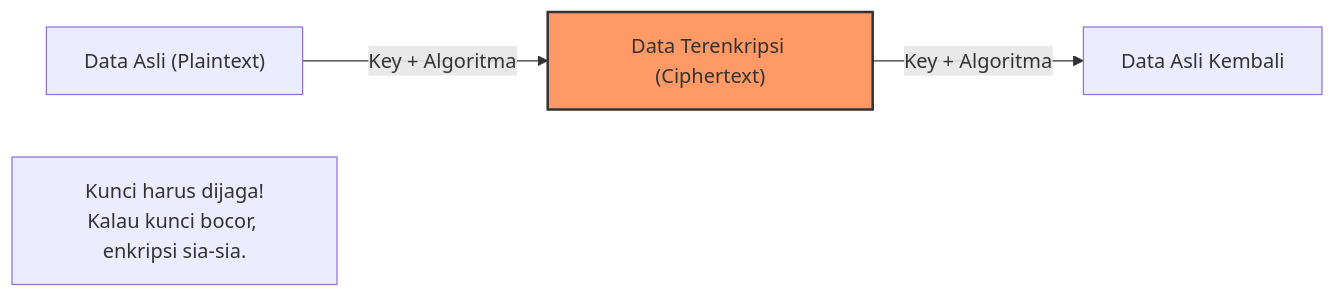
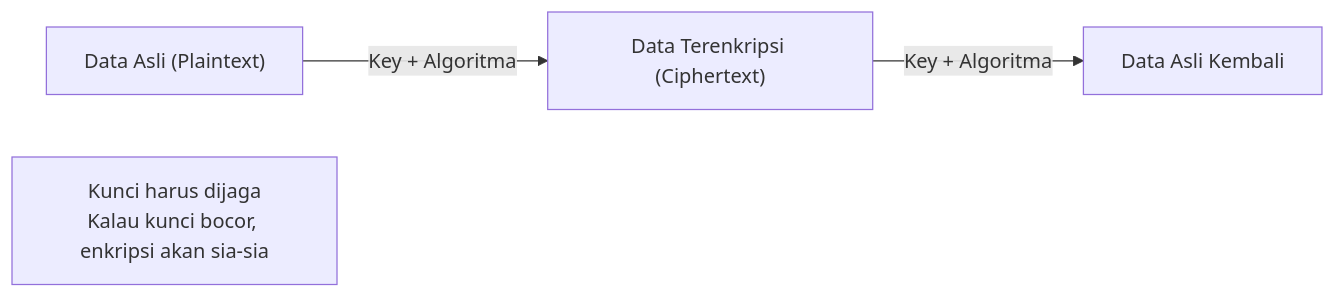
The diagram in THM-Notes/Cyber-Security-101/OWASP-Top-10-(2025)/OWASP-Top-10-2025-Application-Design-Flaws.md (Dimm377/CyberSec-Learning-Notes), drawn with Mermaid before and after one commit.

Commit message:
OWASP Top 10 (2025)

````diff
--- a/THM-Notes/Cyber-Security-101/OWASP-Top-10-(2025)/OWASP-Top-10-2025-Application-Design-Flaws.md
+++ b/THM-Notes/Cyber-Security-101/OWASP-Top-10-(2025)/OWASP-Top-10-2025-Application-Design-Flaws.md
@@ -160,8 +160,7 @@
 ```mermaid
 graph LR
     A["Data Asli (Plaintext)"] -- "Key + Algoritma" --> B["Data Terenkripsi (Ciphertext)"]
     B -- "Key + Algoritma" --> C["Data Asli Kembali"]
     
-    style B fill:#f96,stroke:#333,stroke-width:2px
-    note["Kunci harus dijaga!<br>Kalau kunci bocor, enkripsi sia-sia."]
+    note["Kunci harus dijaga<br>Kalau kunci bocor, enkripsi akan sia-sia"]
 ```
````
